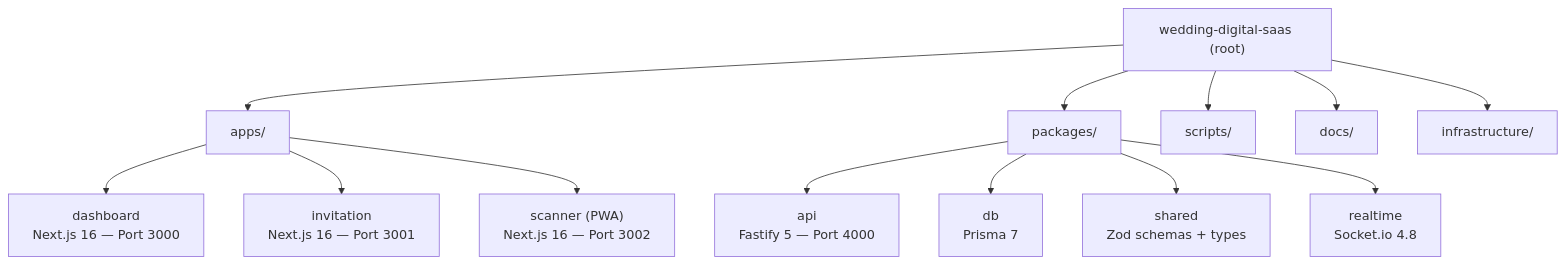
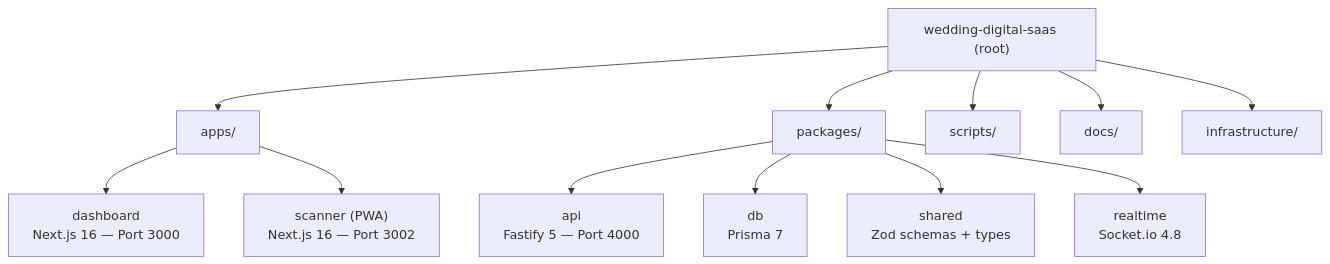
The diagram in .agents/summary/codebase_info.md (maru-story/wedding-ecosystem), drawn with Mermaid before and after one commit. The commit also changed other lines of this file and 148 other files, not shown here.

````diff
--- a/.agents/summary/codebase_info.md
+++ b/.agents/summary/codebase_info.md
@@ -15,18 +15,17 @@
 ```mermaid
 graph TB
     Root["wedding-digital-saas (root)"]
     Root --> Apps["apps/"]
     Root --> Packages["packages/"]
     Root --> Scripts["scripts/"]
     Root --> Docs["docs/"]
     Root --> Infra["infrastructure/"]
 
     Apps --> Dashboard["dashboard<br/>Next.js 16 — Port 3000"]
-    Apps --> Invitation["invitation<br/>Next.js 16 — Port 3001"]
     Apps --> Scanner["scanner (PWA)<br/>Next.js 16 — Port 3002"]
 
     Packages --> API["api<br/>Fastify 5 — Port 4000"]
     Packages --> DB["db<br/>Prisma 7"]
     Packages --> Shared["shared<br/>Zod schemas + types"]
     Packages --> Realtime["realtime<br/>Socket.io 4.8"]
 ```
````
